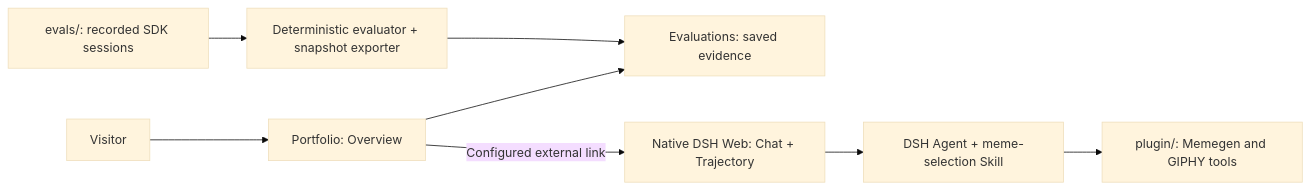
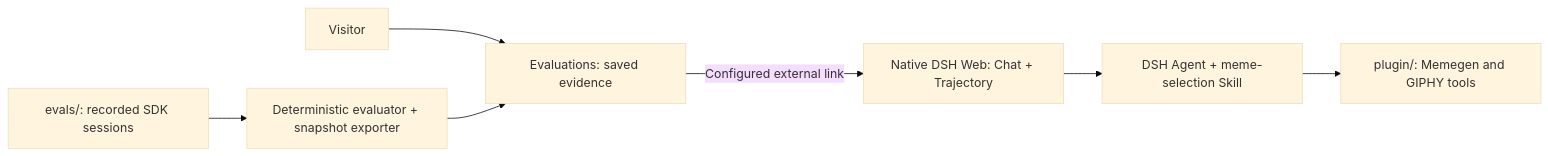
One commit to xinbaihui/my-meme changed the first of 2 diagrams in docs/architecture.md. Above: the diagram before and after it, drawn with Mermaid (base theme). The commit also changed other lines of this file and 17 other files, not shown here.

````diff
--- a/docs/architecture.md
+++ b/docs/architecture.md
@@ -12,10 +12,9 @@
 ```mermaid
 flowchart LR
-    V["Visitor"] --> P["Portfolio: Overview"]
-    P --> E["Evaluations: saved evidence"]
-    P -->|"Configured external link"| W["Native DSH Web: Chat + Trajectory"]
+    V["Visitor"] --> E["Evaluations: saved evidence"]
+    E -->|"Configured external link"| W["Native DSH Web: Chat + Trajectory"]
     W --> H["DSH Agent + meme-selection Skill"]
     H --> B["plugin/: Memegen and GIPHY tools"]
     R["evals/: recorded SDK sessions"] --> X["Deterministic evaluator + snapshot exporter"]
     X --> E
 ```
````
